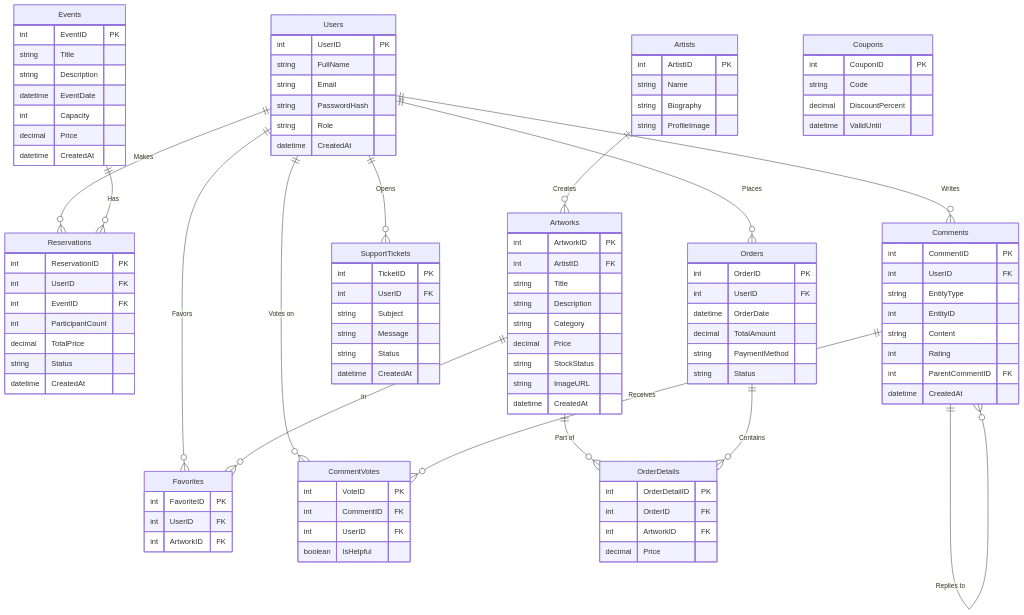
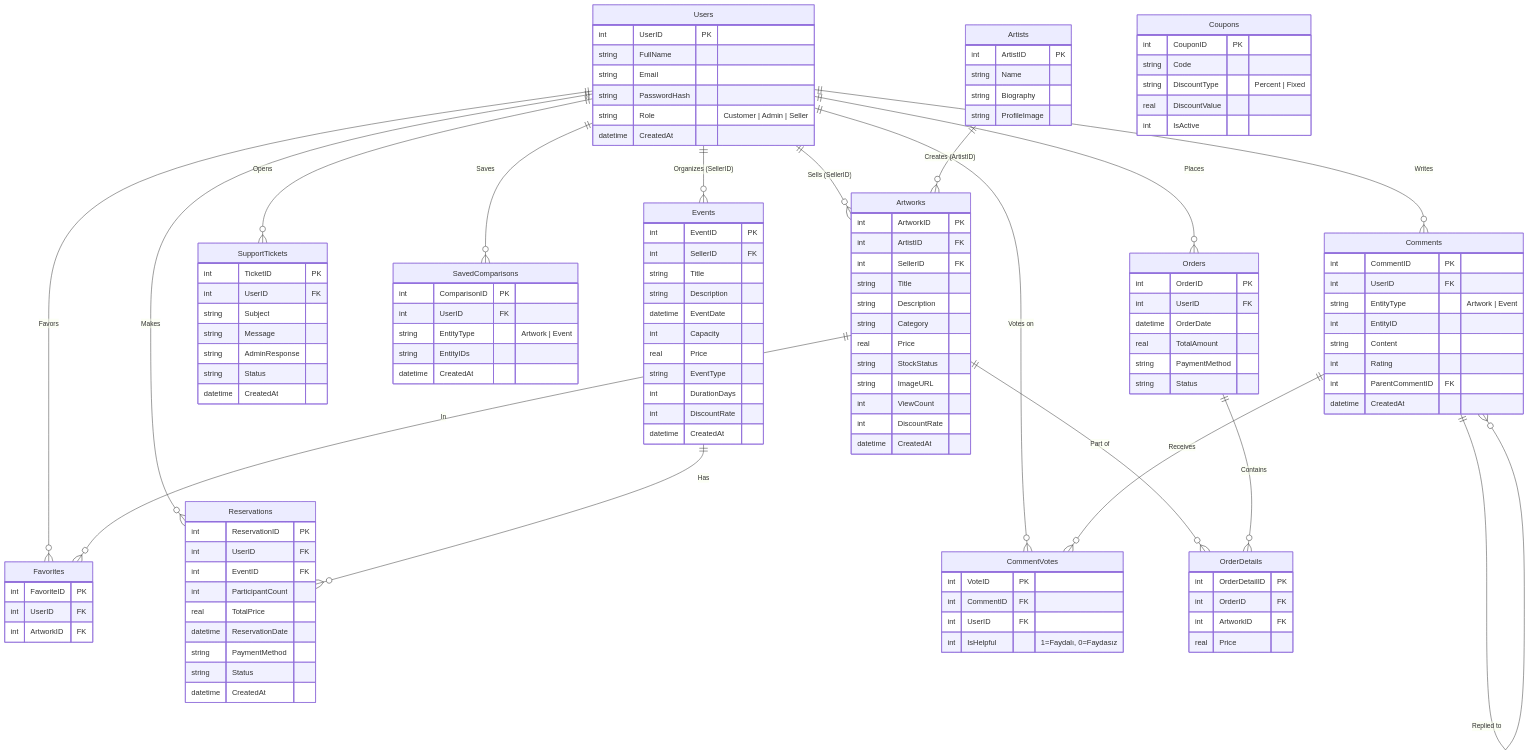
One commit to emrekba/online_art_gallery changed the diagram in er_diagram.md. Above: the diagram before and after it, drawn with Mermaid. The commit also changed other lines of this file and 1 other file, not shown here.

Commit message:
updated diagrams

````diff
--- a/er_diagram.md
+++ b/er_diagram.md
@@ -12,120 +10,142 @@
     Users ||--o{ Comments : "Writes"
     Users ||--o{ CommentVotes : "Votes on"
     Users ||--o{ SupportTickets : "Opens"
-    
-    Artists ||--o{ Artworks : "Creates"
-    
+    Users ||--o{ SavedComparisons : "Saves"
+    Users ||--o{ Artworks : "Sells (SellerID)"
+    Users ||--o{ Events : "Organizes (SellerID)"
+
+    Artists ||--o{ Artworks : "Creates (ArtistID)"
+
     Artworks ||--o{ Favorites : "In"
     Artworks ||--o{ OrderDetails : "Part of"
-    
+
     Events ||--o{ Reservations : "Has"
-    
+
     Orders ||--o{ OrderDetails : "Contains"
-    
+
     Comments ||--o{ CommentVotes : "Receives"
-    Comments ||--o{ Comments : "Replies to"
+    Comments ||--o{ Comments : "Replied to"
 
     Users {
         int UserID PK
         string FullName
         string Email
         string PasswordHash
-        string Role
+        string Role "Customer | Admin | Seller"
         datetime CreatedAt
     }
-    
+
     Artists {
         int ArtistID PK
         string Name
         string Biography
         string ProfileImage
     }
-    
+
     Artworks {
         int ArtworkID PK
         int ArtistID FK
+        int SellerID FK
         string Title
         string Description
         string Category
-        decimal Price
+        real Price
         string StockStatus
         string ImageURL
+        int ViewCount
+        int DiscountRate
         datetime CreatedAt
     }
-    
+
     Events {
         int EventID PK
+        int SellerID FK
         string Title
         string Description
         datetime EventDate
         int Capacity
-        decimal Price
+        real Price
+        string EventType
+        int DurationDays
+        int DiscountRate
         datetime CreatedAt
     }
-    
+
     Favorites {
         int FavoriteID PK
         int UserID FK
         int ArtworkID FK
     }
-    
+
     Reservations {
         int ReservationID PK
         int UserID FK
         int EventID FK
         int ParticipantCount
-        decimal TotalPrice
+        real TotalPrice
+        datetime ReservationDate
+        string PaymentMethod
         string Status
         datetime CreatedAt
     }
-    
+
     Orders {
         int OrderID PK
         int UserID FK
         datetime OrderDate
-        decimal TotalAmount
+        real TotalAmount
         string PaymentMethod
         string Status
     }
-    
+
     OrderDetails {
         int OrderDetailID PK
         int OrderID FK
         int ArtworkID FK
-        decimal Price
+        real Price
     }
-    
+
     Comments {
         int CommentID PK
         int UserID FK
-        string EntityType
+        string EntityType "Artwork | Event"
         int EntityID
         string Content
         int Rating
         int ParentCommentID FK
         datetime CreatedAt
     }
-    
+
     CommentVotes {
         int VoteID PK
         int CommentID FK
         int UserID FK
-        boolean IsHelpful
+        int IsHelpful "1=Faydalı, 0=Faydasız"
     }
-    
+
     Coupons {
         int CouponID PK
         string Code
-        decimal DiscountPercent
-        datetime ValidUntil
+        string DiscountType "Percent | Fixed"
+        real DiscountValue
+        int IsActive
     }
-    
+
     SupportTickets {
         int TicketID PK
         int UserID FK
         string Subject
         string Message
+        string AdminResponse
         string Status
         datetime CreatedAt
     }
+
+    SavedComparisons {
+        int ComparisonID PK
+        int UserID FK
+        string EntityType "Artwork | Event"
+        string EntityIDs
+        datetime CreatedAt
+    }
 ```
````
